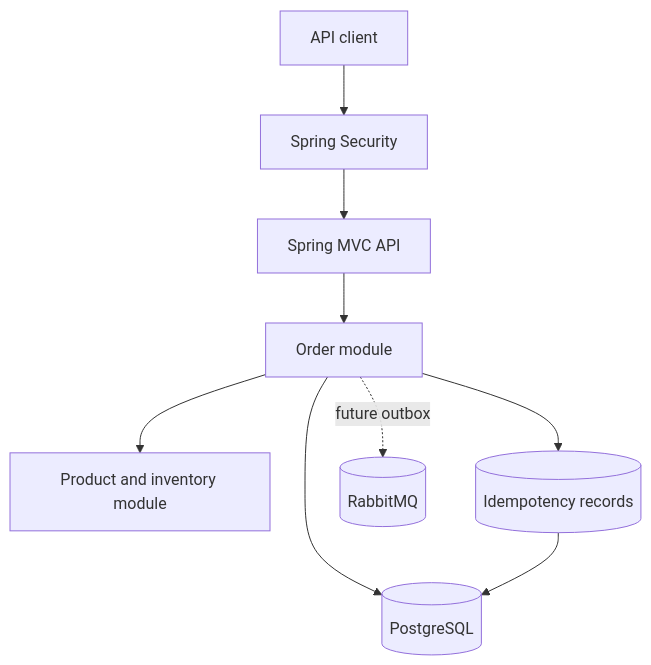
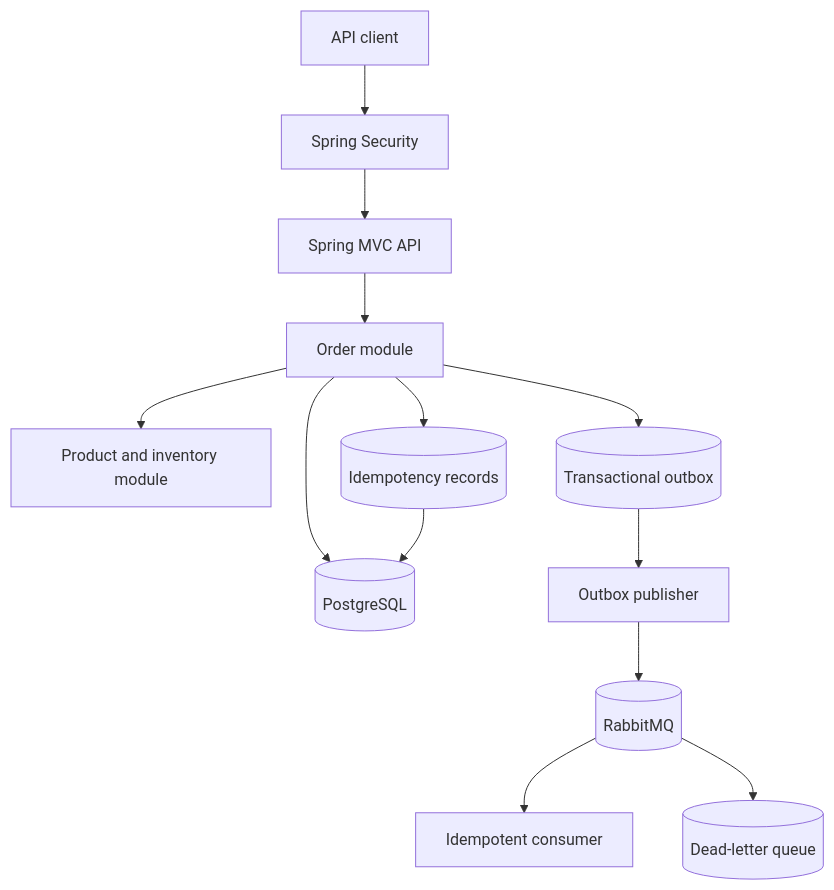
Before and after one commit to tawsif113/spring-boot-rescue-lab: the diagram in README.md, drawn with Mermaid. The commit also changed other lines of this file and 37 other files, not shown here.

````diff
--- a/README.md
+++ b/README.md
@@ -48,11 +44,15 @@
 ```mermaid
 flowchart TD
     Client[API client] --> Security[Spring Security]
     Security --> API[Spring MVC API]
     API --> Orders[Order module]
     Orders --> Products[Product and inventory module]
     Orders --> PostgreSQL[(PostgreSQL)]
     Orders --> Idempotency[(Idempotency records)]
-    Orders -. future outbox .-> RabbitMQ[(RabbitMQ)]
+    Orders --> Outbox[(Transactional outbox)]
+    Outbox --> Publisher[Outbox publisher]
+    Publisher --> RabbitMQ[(RabbitMQ)]
+    RabbitMQ --> Consumer[Idempotent consumer]
+    RabbitMQ --> DLQ[(Dead-letter queue)]
     Idempotency --> PostgreSQL
 ```
````
